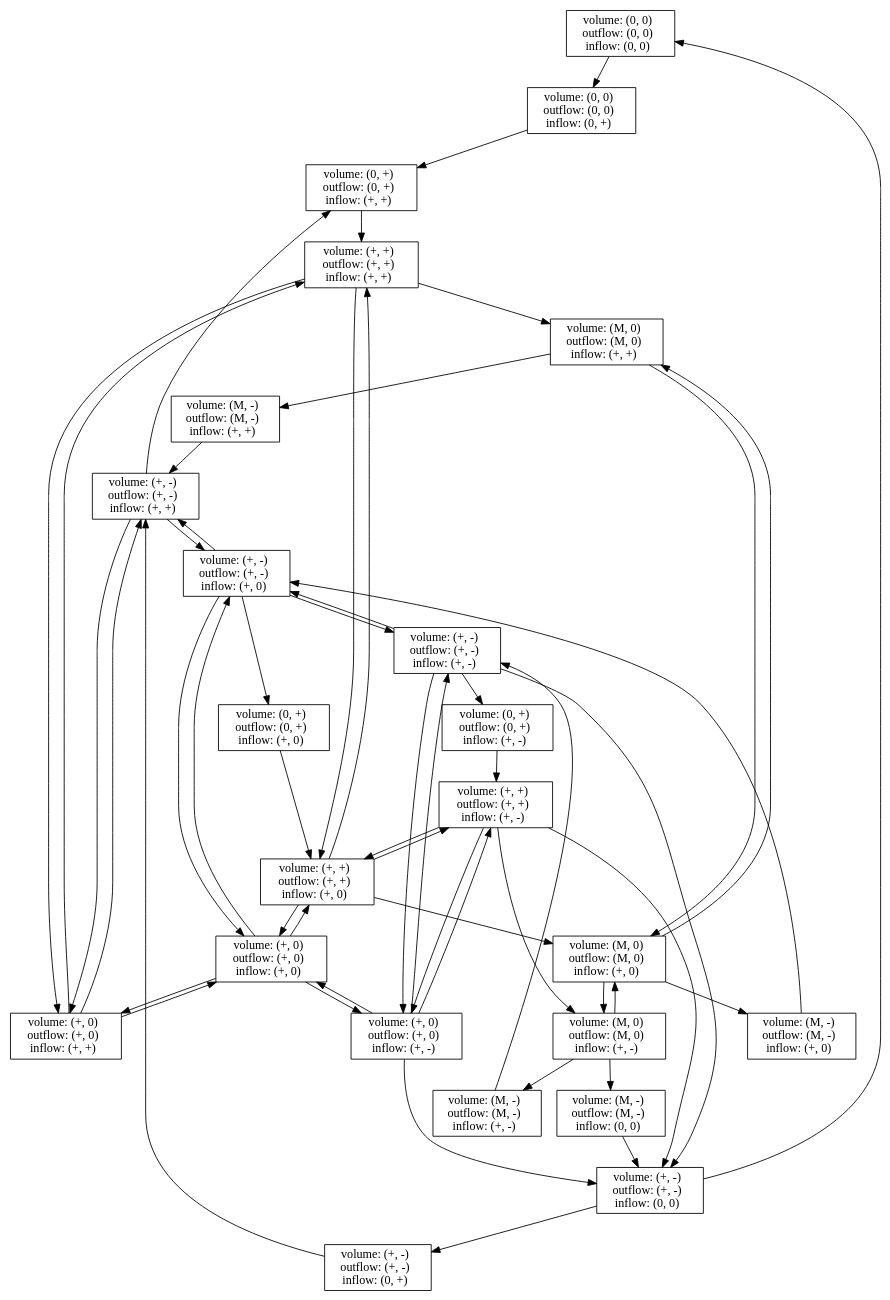
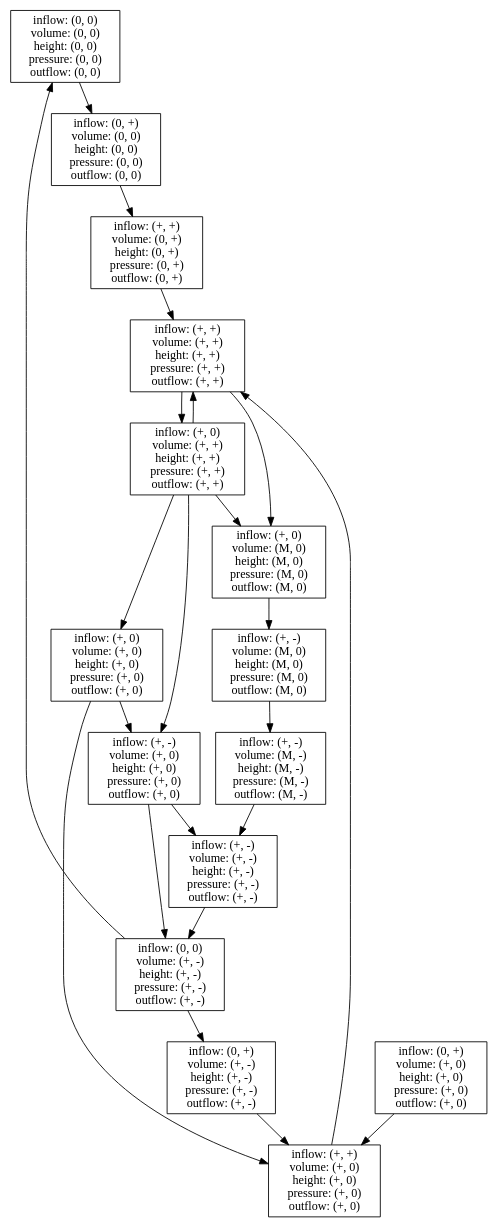
The diagram in state_graph.gv (mdhk/QR-bathtub), drawn with Graphviz before and after one commit. The commit also changed 2 other files, not shown here.

Commit message:
added height & pressure quantities, and trace

```diff
--- a/state_graph.gv
+++ b/state_graph.gv
@@ -1,79 +1,104 @@
 digraph "State Graph" {
-	000000 [label="volume: (0, 0)  \noutflow: (0, 0)  \ninflow: (0, 0)  "]
-	"00000+" [label="volume: (0, 0)  \noutflow: (0, 0)  \ninflow: (0, +)  " shape=box]
-	000000 -> "00000+"
-	"0+0+++" [label="volume: (0, +)  \noutflow: (0, +)  \ninflow: (+, +)  " shape=box]
-	"00000+" -> "0+0+++"
-	"++++++" [label="volume: (+, +)  \noutflow: (+, +)  \ninflow: (+, +)  " shape=box]
-	"0+0+++" -> "++++++"
-	"M0M0++" [label="volume: (M, 0)  \noutflow: (M, 0)  \ninflow: (+, +)  " shape=box]
-	"++++++" -> "M0M0++"
-	"+0+0++" [label="volume: (+, 0)  \noutflow: (+, 0)  \ninflow: (+, +)  " shape=box]
-	"++++++" -> "+0+0++"
-	"+++++0" [label="volume: (+, +)  \noutflow: (+, +)  \ninflow: (+, 0)  " shape=box]
-	"++++++" -> "+++++0"
-	"M-M-++" [label="volume: (M, -)  \noutflow: (M, -)  \ninflow: (+, +)  " shape=box]
-	"M0M0++" -> "M-M-++"
-	"M0M0+0" [label="volume: (M, 0)  \noutflow: (M, 0)  \ninflow: (+, 0)  " shape=box]
-	"M0M0++" -> "M0M0+0"
-	"+0+0++" -> "++++++"
-	"+-+-++" [label="volume: (+, -)  \noutflow: (+, -)  \ninflow: (+, +)  " shape=box]
-	"+0+0++" -> "+-+-++"
-	"+0+0+0" [label="volume: (+, 0)  \noutflow: (+, 0)  \ninflow: (+, 0)  " shape=box]
-	"+0+0++" -> "+0+0+0"
-	"+++++0" -> "M0M0+0"
-	"+++++0" -> "+0+0+0"
-	"+++++0" -> "++++++"
-	"+++++-" [label="volume: (+, +)  \noutflow: (+, +)  \ninflow: (+, -)  " shape=box]
-	"+++++0" -> "+++++-"
-	"M-M-++" -> "+-+-++"
-	"M-M-+0" [label="volume: (M, -)  \noutflow: (M, -)  \ninflow: (+, 0)  " shape=box]
-	"M0M0+0" -> "M-M-+0"
-	"M0M0+0" -> "M0M0++"
-	"M0M0+-" [label="volume: (M, 0)  \noutflow: (M, 0)  \ninflow: (+, -)  " shape=box]
-	"M0M0+0" -> "M0M0+-"
-	"+-+-++" -> "0+0+++"
-	"+-+-++" -> "+0+0++"
-	"+-+-+0" [label="volume: (+, -)  \noutflow: (+, -)  \ninflow: (+, 0)  " shape=box]
-	"+-+-++" -> "+-+-+0"
-	"+0+0+0" -> "+++++0"
-	"+0+0+0" -> "+-+-+0"
-	"+0+0+0" -> "+0+0++"
-	"+0+0+-" [label="volume: (+, 0)  \noutflow: (+, 0)  \ninflow: (+, -)  " shape=box]
-	"+0+0+0" -> "+0+0+-"
-	"+++++-" -> "M0M0+-"
-	"+-+-00" [label="volume: (+, -)  \noutflow: (+, -)  \ninflow: (0, 0)  " shape=box]
-	"+++++-" -> "+-+-00"
-	"+++++-" -> "+0+0+-"
-	"+++++-" -> "+++++0"
-	"M-M-+0" -> "+-+-+0"
-	"M-M-00" [label="volume: (M, -)  \noutflow: (M, -)  \ninflow: (0, 0)  " shape=box]
-	"M0M0+-" -> "M-M-00"
-	"M-M-+-" [label="volume: (M, -)  \noutflow: (M, -)  \ninflow: (+, -)  " shape=box]
-	"M0M0+-" -> "M-M-+-"
-	"M0M0+-" -> "M0M0+0"
-	"0+0++0" [label="volume: (0, +)  \noutflow: (0, +)  \ninflow: (+, 0)  " shape=box]
-	"+-+-+0" -> "0+0++0"
-	"+-+-+0" -> "+0+0+0"
-	"+-+-+0" -> "+-+-++"
-	"+-+-+-" [label="volume: (+, -)  \noutflow: (+, -)  \ninflow: (+, -)  " shape=box]
-	"+-+-+0" -> "+-+-+-"
-	"+0+0+-" -> "+-+-00"
-	"+0+0+-" -> "+++++-"
-	"+0+0+-" -> "+-+-+-"
-	"+0+0+-" -> "+0+0+0"
-	000000 [label="volume: (0, 0)  \noutflow: (0, 0)  \ninflow: (0, 0)  " shape=box]
-	"+-+-00" -> 000000
-	"+-+-0+" [label="volume: (+, -)  \noutflow: (+, -)  \ninflow: (0, +)  " shape=box]
-	"+-+-00" -> "+-+-0+"
-	"M-M-00" -> "+-+-00"
-	"M-M-+-" -> "+-+-+-"
-	"0+0++0" -> "+++++0"
-	"0+0++-" [label="volume: (0, +)  \noutflow: (0, +)  \ninflow: (+, -)  " shape=box]
-	"+-+-+-" -> "0+0++-"
-	"+-+-+-" -> "+-+-00"
-	"+-+-+-" -> "+0+0+-"
-	"+-+-+-" -> "+-+-+0"
-	"+-+-0+" -> "+-+-++"
-	"0+0++-" -> "+++++-"
+	0000000000 [label="inflow: (0, 0)
+volume: (0, 0)
+height: (0, 0)
+pressure: (0, 0)
+outflow: (0, 0)"]
+	"000+000000" [label="inflow: (0, +)
+volume: (0, 0)
+height: (0, 0)
+pressure: (0, 0)
+outflow: (0, 0)" shape=box]
+	0000000000 -> "000+000000"
+	"0+++0+0+0+" [label="inflow: (+, +)
+volume: (0, +)
+height: (0, +)
+pressure: (0, +)
+outflow: (0, +)" shape=box]
+	"000+000000" -> "0+++0+0+0+"
+	"++++++++++" [label="inflow: (+, +)
+volume: (+, +)
+height: (+, +)
+pressure: (+, +)
+outflow: (+, +)" shape=box]
+	"0+++0+0+0+" -> "++++++++++"
+	"+++0++++++" [label="inflow: (+, 0)
+volume: (+, +)
+height: (+, +)
+pressure: (+, +)
+outflow: (+, +)" shape=box]
+	"++++++++++" -> "+++0++++++"
+	"+0+++0+0+0" [label="inflow: (+, +)
+volume: (+, 0)
+height: (+, 0)
+pressure: (+, 0)
+outflow: (+, 0)" shape=box]
+	"M0+0M0M0M0" [label="inflow: (+, 0)
+volume: (M, 0)
+height: (M, 0)
+pressure: (M, 0)
+outflow: (M, 0)" shape=box]
+	"+++0++++++" -> "M0+0M0M0M0"
+	"+0+0+0+0+0" [label="inflow: (+, 0)
+volume: (+, 0)
+height: (+, 0)
+pressure: (+, 0)
+outflow: (+, 0)" shape=box]
+	"+++0++++++" -> "+0+0+0+0+0"
+	"+++0++++++" -> "++++++++++"
+	"+0+++0+0+0" -> "++++++++++"
+	"M0+-M0M0M0" [label="inflow: (+, -)
+volume: (M, 0)
+height: (M, 0)
+pressure: (M, 0)
+outflow: (M, 0)" shape=box]
+	"M0+0M0M0M0" -> "M0+-M0M0M0"
+	"+0+0+0+0+0" -> "+0+++0+0+0"
+	"+0+-+0+0+0" [label="inflow: (+, -)
+volume: (+, 0)
+height: (+, 0)
+pressure: (+, 0)
+outflow: (+, 0)" shape=box]
+	"+0+0+0+0+0" -> "+0+-+0+0+0"
+	"M-+-M-M-M-" [label="inflow: (+, -)
+volume: (M, -)
+height: (M, -)
+pressure: (M, -)
+outflow: (M, -)" shape=box]
+	"M0+-M0M0M0" -> "M-+-M-M-M-"
+	"+-00+-+-+-" [label="inflow: (0, 0)
+volume: (+, -)
+height: (+, -)
+pressure: (+, -)
+outflow: (+, -)" shape=box]
+	"+0+-+0+0+0" -> "+-00+-+-+-"
+	"+-+-+-+-+-" [label="inflow: (+, -)
+volume: (+, -)
+height: (+, -)
+pressure: (+, -)
+outflow: (+, -)" shape=box]
+	"+0+-+0+0+0" -> "+-+-+-+-+-"
+	"M-+-M-M-M-" -> "+-+-+-+-+-"
+	0000000000 [label="inflow: (0, 0)
+volume: (0, 0)
+height: (0, 0)
+pressure: (0, 0)
+outflow: (0, 0)" shape=box]
+	"+-00+-+-+-" -> 0000000000
+	"+-0++-+-+-" [label="inflow: (0, +)
+volume: (+, -)
+height: (+, -)
+pressure: (+, -)
+outflow: (+, -)" shape=box]
+	"+-00+-+-+-" -> "+-0++-+-+-"
+	"+-+-+-+-+-" -> "+-00+-+-+-"
+	"+00++0+0+0" [label="inflow: (0, +)
+volume: (+, 0)
+height: (+, 0)
+pressure: (+, 0)
+outflow: (+, 0)" shape=box]
+	"+00++0+0+0" -> "+0+++0+0+0"
+	"+-0++-+-+-" -> "+0+++0+0+0"
+	"+++0++++++" -> "+0+-+0+0+0"
+	"++++++++++" -> "M0+0M0M0M0"
 }
```
